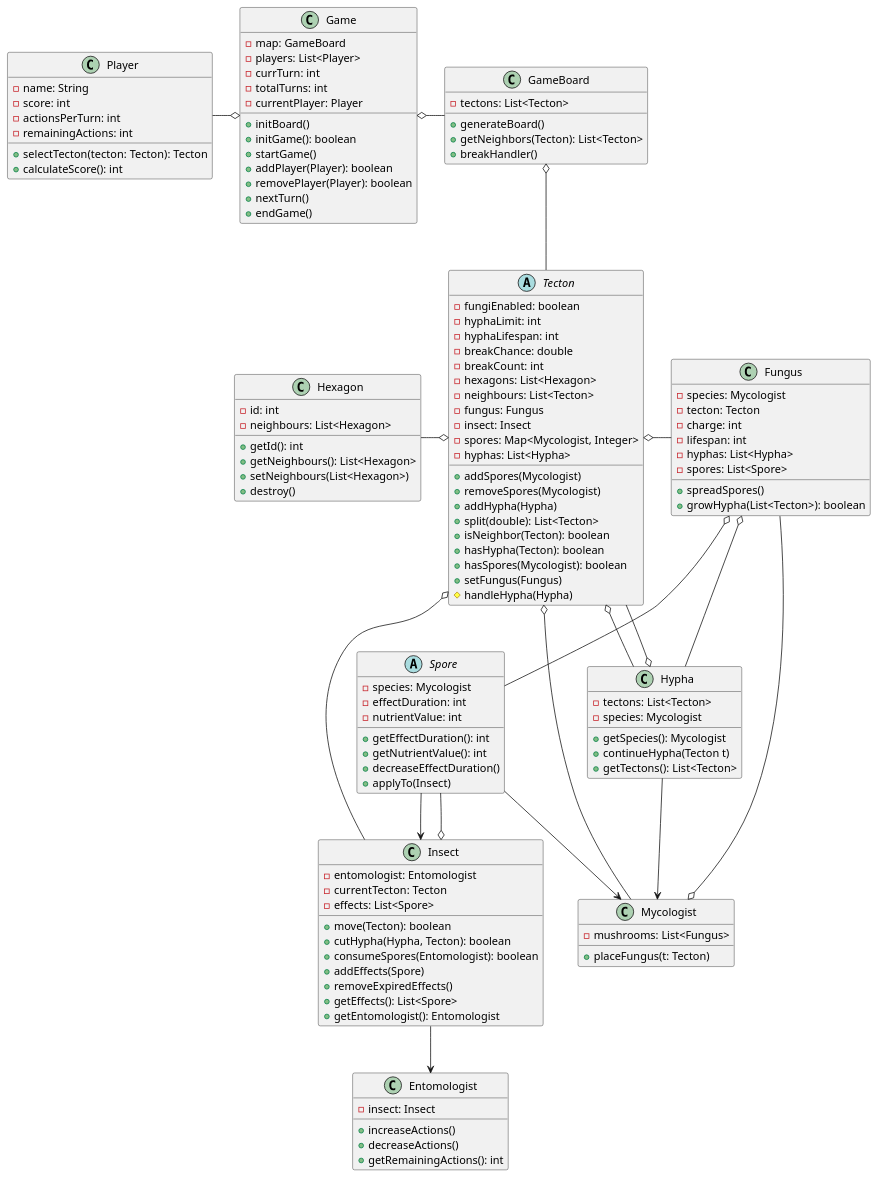
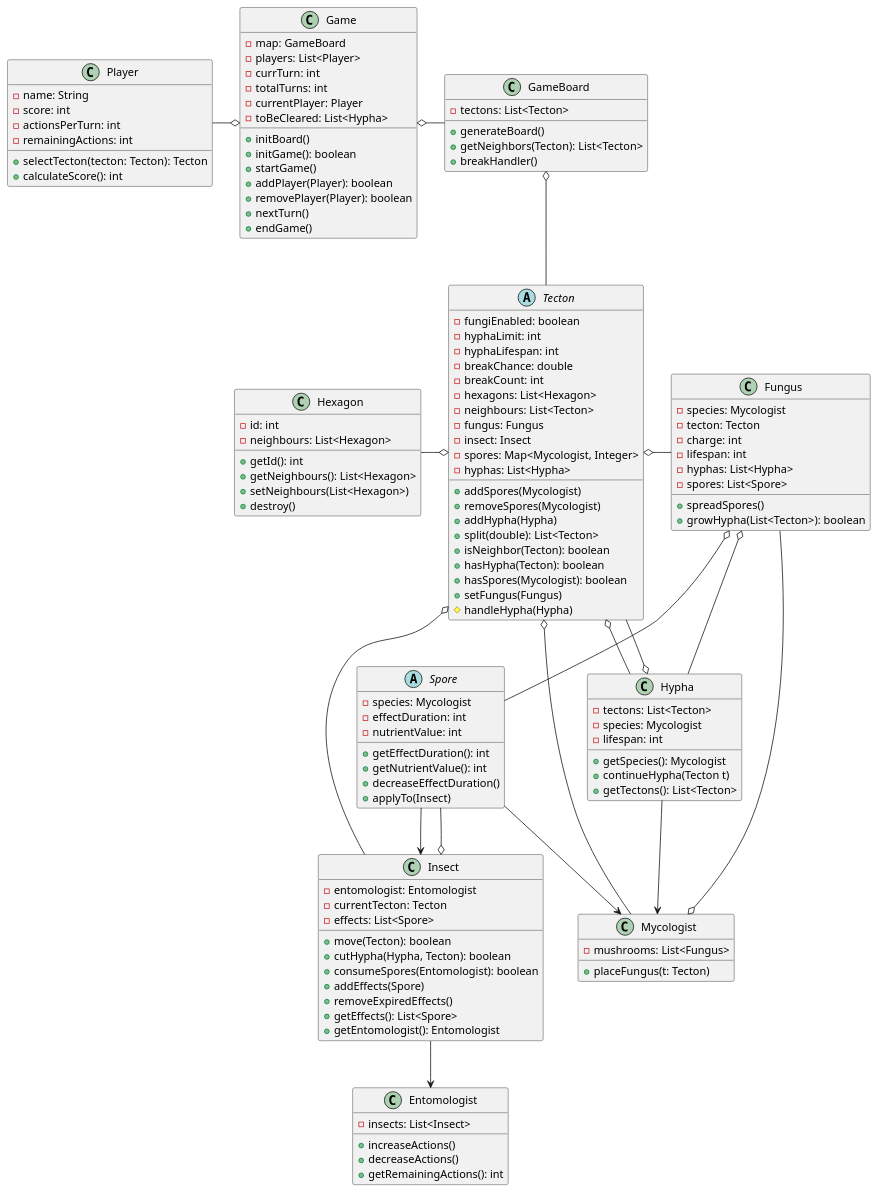
Before and after one commit to hujberhunor/SzomiSztegoProjlab: the diagram in docs/generated.puml, drawn with PlantUML. The commit also changed 1 other file, not shown here.

```diff
--- a/docs/generated.puml
+++ b/docs/generated.puml
@@ -1,167 +1,169 @@
 @startuml
 
 ' NEM SZEREPELNEK BENNE A LESZÁRMAZOTTAK HOGY ÁTLÁTHATÓBB LEGYEN '
 ' --> : használja, de nem tartalmazza '
 ' ===== Alap játékosok és szereplők =====
 class Player {
     - name: String
     - score: int
     - actionsPerTurn: int
     - remainingActions: int
     + selectTecton(tecton: Tecton): Tecton
     + calculateScore(): int
 }
 
 class Entomologist {
-    - insect: Insect
+    - insects: List<Insect>
     + increaseActions()
     + decreaseActions()
     + getRemainingActions(): int
 }
 
 class Mycologist {
     - mushrooms: List<Fungus>
     + placeFungus(t: Tecton)
 }
 
 ' ===== Térképelemek és logika =====
 abstract class Tecton {
     - fungiEnabled: boolean
     - hyphaLimit: int
     - hyphaLifespan: int
     - breakChance: double
     - breakCount: int
     - hexagons: List<Hexagon>
     - neighbours: List<Tecton>
     - fungus: Fungus
     - insect: Insect
     - spores: Map<Mycologist, Integer>
     - hyphas: List<Hypha>
     + addSpores(Mycologist)
     + removeSpores(Mycologist)
     + addHypha(Hypha)
     + split(double): List<Tecton>
     + isNeighbor(Tecton): boolean
     + hasHypha(Tecton): boolean
     + hasSpores(Mycologist): boolean
     + setFungus(Fungus)
     # handleHypha(Hypha)
 }
 
 ' class SingleHyphaTecton 
 ' class ShortHyphaTecton  
 ' class InfiniteHyphaTecton  {
 '     - hyphaCount: int
 '     + increaseHyphaCount()
 '     + getHyphaCount(): int
 ' }
 ' class NoFungiTecton 
 ' class KeepHyphaTecton{
 '   - asd
 ' }
 '
 
 class Hexagon {
     - id: int
     - neighbours: List<Hexagon>
     + getId(): int
     + getNeighbours(): List<Hexagon>
     + setNeighbours(List<Hexagon>)
     + destroy()
 }
 
 class Hypha {
     - tectons: List<Tecton>
     - species: Mycologist
+    - lifespan: int 
     + getSpecies(): Mycologist
     + continueHypha(Tecton t)
     + getTectons(): List<Tecton>
 }
 
 class Fungus {
     - species: Mycologist
     - tecton: Tecton
     - charge: int
     - lifespan: int
     - hyphas: List<Hypha>
     - spores: List<Spore>
     + spreadSpores()
     + growHypha(List<Tecton>): boolean
 }
 
 ' ===== Spórák és hatásaik =====
 abstract class Spore {
     - species: Mycologist
     - effectDuration: int
     - nutrientValue: int
     + getEffectDuration(): int
     + getNutrientValue(): int
     + decreaseEffectDuration()
     + applyTo(Insect)
 }
 
 ' class StunningEffect
 ' class SlowingEffect 
 ' class SporeNoEffect 
 ' class ParalyzingEffect 
 ' class AcceleratingEffect 
 ' class CloneEffect extends Spore
 
 ' ===== Insect logika =====
 class Insect {
     - entomologist: Entomologist
     - currentTecton: Tecton
     - effects: List<Spore>
     + move(Tecton): boolean
     + cutHypha(Hypha, Tecton): boolean
     + consumeSpores(Entomologist): boolean
     + addEffects(Spore)
     + removeExpiredEffects()
     + getEffects(): List<Spore>
     + getEntomologist(): Entomologist
 }
 
 ' ===== Game engine =====
 class GameBoard {
     - tectons: List<Tecton>
     + generateBoard()
     + getNeighbors(Tecton): List<Tecton>
     + breakHandler()
 }
 
 class Game {
     - map: GameBoard
     - players: List<Player>
     - currTurn: int
     - totalTurns: int
     - currentPlayer: Player
+    - toBeCleared: List<Hypha>
     + initBoard()
     + initGame(): boolean
     + startGame()
     + addPlayer(Player): boolean
     + removePlayer(Player): boolean
     + nextTurn()
     + endGame()
 }
 
 ' ===== Kapcsolatok =====
 Game o-r- GameBoard
 Game o-l- Player
 GameBoard o-- Tecton
 Tecton o-l- Hexagon
 Tecton o-- Hypha
 Tecton o-- Insect
 Tecton o-r- Fungus
 Tecton o-- Mycologist
 Insect o-- Spore
 Insect --> Entomologist
 Mycologist o-- Fungus
 Fungus o-- Hypha
 Fungus o-- Spore
 Spore --> Insect
 Spore --> Mycologist
 Hypha o-- Tecton
 Hypha --> Mycologist
 
 
 @enduml
```
